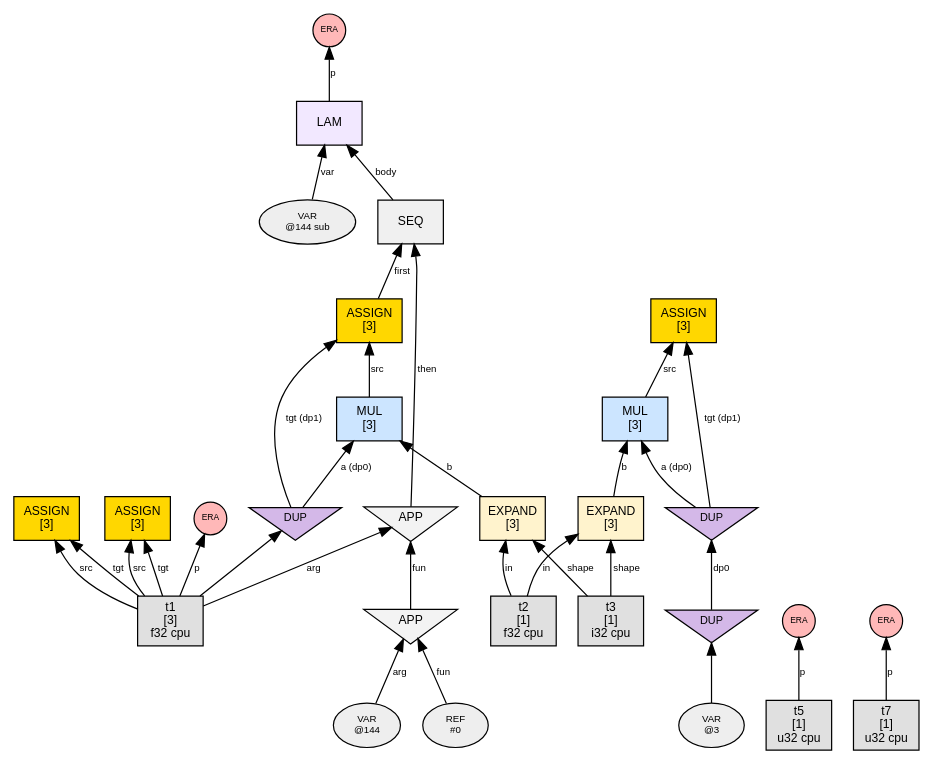
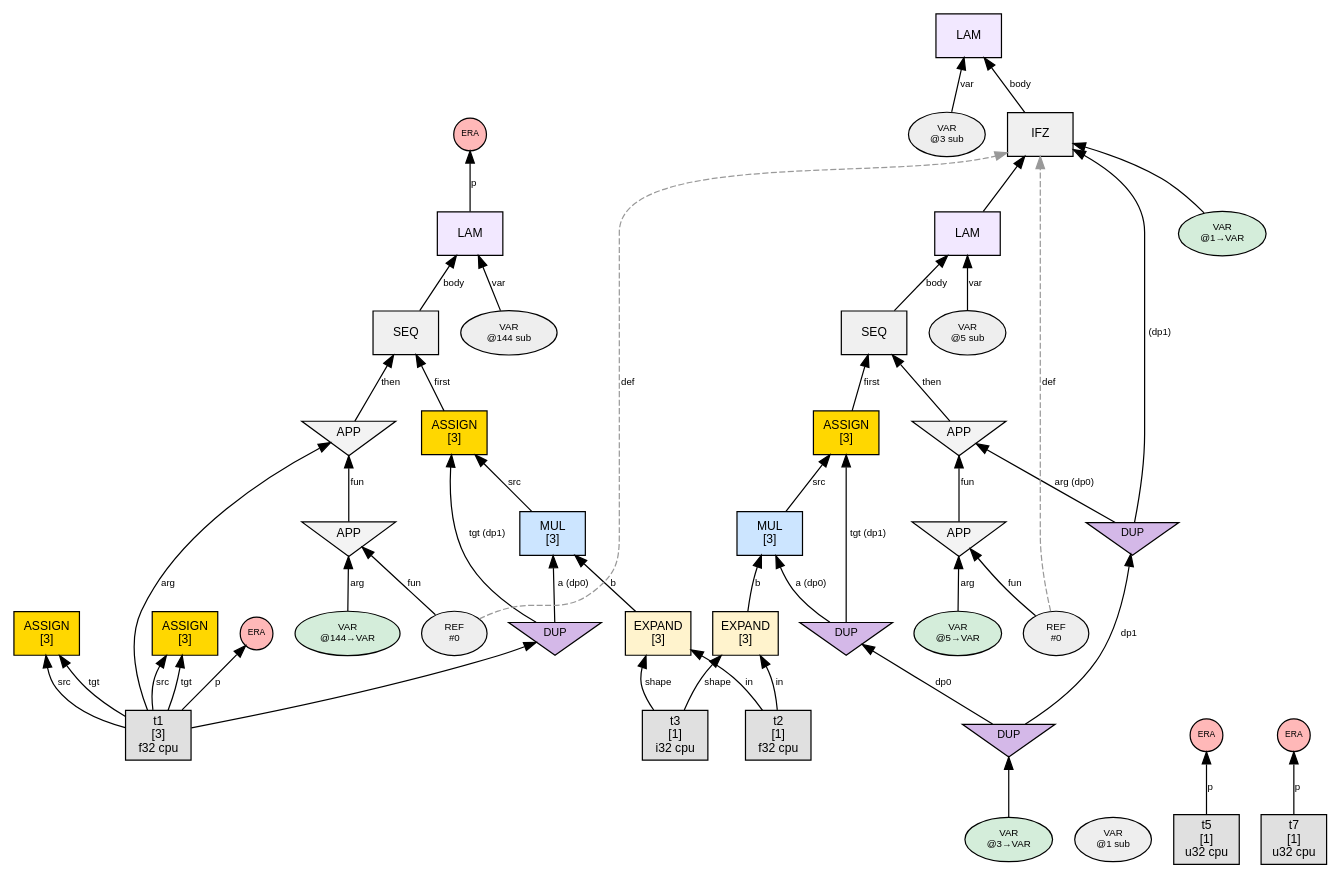
Before and after one commit to sw1sh/TinyHVM: the diagram in phase2_graphs/loop_assign_simple/n2_post_dispatch.dot, drawn with Graphviz. The commit also changed 101 other files, not shown here.

First line of the commit message:
fix: show definition body + resolved VARs in step graphs

```diff
--- a/phase2_graphs/loop_assign_simple/n2_post_dispatch.dot
+++ b/phase2_graphs/loop_assign_simple/n2_post_dispatch.dot
@@ -1,65 +1,94 @@
 digraph G {
   rankdir=BT;
   node [fontname="Helvetica", fontsize=10, style=filled, shape=box, margin="0.1,0.05"];
   edge [fontsize=8, fontname="Helvetica"];
 
   t1 [label="t1\n[3]\nf32 cpu",shape=box,fillcolor="#e0e0e0"];
+  var1 [label="VAR\n@1 sub", shape=oval, fillcolor="#eeeeee", fontsize=8];
+  n3 [label="LAM", shape=box, fillcolor="#f2e8ff"];
+  var3 [label="VAR\n@3 sub", shape=oval, fillcolor="#eeeeee", fontsize=8];
+  var3 -> n3 [label="var"];
+  n26 -> n3 [label="body"];
+  n26 [label="IFZ", shape=box, fillcolor="#f0f0f0"];
+  var26 [label="VAR\n@1→VAR", shape=oval, fillcolor="#d4edda", fontsize=8];
+  var26 -> n26 [label=""];
+  dup9 [label="DUP", shape=invtriangle, fillcolor="#d4b8e8", fontsize=9, width=0.7, height=0.5];
+  dup7 -> dup9 [label="dp1"];
+  dup7 [label="DUP", shape=invtriangle, fillcolor="#d4b8e8", fontsize=9, width=0.7, height=0.5];
+  var7 [label="VAR\n@3→VAR", shape=oval, fillcolor="#d4edda", fontsize=8];
+  var7 -> dup7;
+  dup9 -> n26 [label=" (dp1)"];
+  n5 -> n26 [label=""];
+  var5 [label="VAR\n@5 sub", shape=oval, fillcolor="#eeeeee", fontsize=8];
+  n24 [label="SEQ", shape=box, fillcolor="#f0f0f0"];
+  n18 -> n24 [label="first"];
+  n22 -> n24 [label="then"];
   n10 [label="EXPAND\n[3]", shape=box, fillcolor="#fff3cd"];
   t2 [label="t2\n[1]\nf32 cpu",shape=box,fillcolor="#e0e0e0"];
   t2 -> n10 [label="in"];
   t3 [label="t3\n[1]\ni32 cpu",shape=box,fillcolor="#e0e0e0"];
   t3 -> n10 [label="shape"];
   n14 [label="MUL\n[3]", shape=box, fillcolor="#cce5ff"];
   dup8 [label="DUP", shape=invtriangle, fillcolor="#d4b8e8", fontsize=9, width=0.7, height=0.5];
   dup7 -> dup8 [label="dp0"];
-  dup7 [label="DUP", shape=invtriangle, fillcolor="#d4b8e8", fontsize=9, width=0.7, height=0.5];
-  var7 [label="VAR\n@3", shape=oval, fillcolor="#eeeeee", fontsize=8];
-  var7 -> dup7;
   dup8 -> n14 [label="a (dp0)"];
   n10 -> n14 [label="b"];
+  ref20 [label="REF\n#0", shape=oval, fillcolor="#eeeeee", fontsize=8];
+  ref20 -> n26 [style=dashed, color="#999999", label="def"];
+  n20 [label="APP", shape=invtriangle, fillcolor="#f3f3f3"];
+  ref20 -> n20 [label="fun"];
+  var21 [label="VAR\n@5→VAR", shape=oval, fillcolor="#d4edda", fontsize=8];
+  var21 -> n20 [label="arg"];
   n18 [label="ASSIGN\n[3]", shape=box, fillcolor="#ffd700"];
   dup8 -> n18 [label="tgt (dp1)"];
   n14 -> n18 [label="src"];
+  n22 [label="APP", shape=invtriangle, fillcolor="#f3f3f3"];
+  n20 -> n22 [label="fun"];
+  dup9 -> n22 [label="arg (dp0)"];
+  n5 [label="LAM", shape=box, fillcolor="#f2e8ff"];
+  var5 -> n5 [label="var"];
+  n24 -> n5 [label="body"];
   n47 [label="ASSIGN\n[3]", shape=box, fillcolor="#ffd700"];
   t1 -> n47 [label="tgt"];
   t1 -> n47 [label="src"];
   n98 [label="ASSIGN\n[3]", shape=box, fillcolor="#ffd700"];
   t1 -> n98 [label="tgt"];
   t1 -> n98 [label="src"];
   era110 [label="ERA",shape=circle,width=0.38,height=0.38,fixedsize=true,fillcolor="#ffb8b8",fontsize=7];
   t5 [label="t5\n[1]\nu32 cpu",shape=box,fillcolor="#e0e0e0"];
   t5 -> era110 [label="p"];
   era112 [label="ERA",shape=circle,width=0.38,height=0.38,fixedsize=true,fillcolor="#ffb8b8",fontsize=7];
   t1 -> era112 [label="p"];
   n144 [label="LAM", shape=box, fillcolor="#f2e8ff"];
   var144 [label="VAR\n@144 sub", shape=oval, fillcolor="#eeeeee", fontsize=8];
   var144 -> n144 [label="var"];
   n146 -> n144 [label="body"];
   n146 [label="SEQ", shape=box, fillcolor="#f0f0f0"];
   n148 -> n146 [label="first"];
   n155 -> n146 [label="then"];
   n148 [label="ASSIGN\n[3]", shape=box, fillcolor="#ffd700"];
   dup150 [label="DUP", shape=invtriangle, fillcolor="#d4b8e8", fontsize=9, width=0.7, height=0.5];
   t1 -> dup150;
   dup150 -> n148 [label="tgt (dp1)"];
   n151 -> n148 [label="src"];
   n155 [label="APP", shape=invtriangle, fillcolor="#f3f3f3"];
   n157 -> n155 [label="fun"];
   t1 -> n155 [label="arg"];
   n151 [label="MUL\n[3]", shape=box, fillcolor="#cce5ff"];
   dup150 -> n151 [label="a (dp0)"];
   n153 -> n151 [label="b"];
   n153 [label="EXPAND\n[3]", shape=box, fillcolor="#fff3cd"];
   t2 -> n153 [label="in"];
   t3 -> n153 [label="shape"];
   n157 [label="APP", shape=invtriangle, fillcolor="#f3f3f3"];
   ref157 [label="REF\n#0", shape=oval, fillcolor="#eeeeee", fontsize=8];
   ref157 -> n157 [label="fun"];
-  var158 [label="VAR\n@144", shape=oval, fillcolor="#eeeeee", fontsize=8];
+  var158 [label="VAR\n@144→VAR", shape=oval, fillcolor="#d4edda", fontsize=8];
   var158 -> n157 [label="arg"];
+  ref157 -> n26 [style=dashed, color="#999999", label="def"];
   era160 [label="ERA",shape=circle,width=0.38,height=0.38,fixedsize=true,fillcolor="#ffb8b8",fontsize=7];
   t7 [label="t7\n[1]\nu32 cpu",shape=box,fillcolor="#e0e0e0"];
   t7 -> era160 [label="p"];
   era162 [label="ERA",shape=circle,width=0.38,height=0.38,fixedsize=true,fillcolor="#ffb8b8",fontsize=7];
   n144 -> era162 [label="p"];
 }
```
